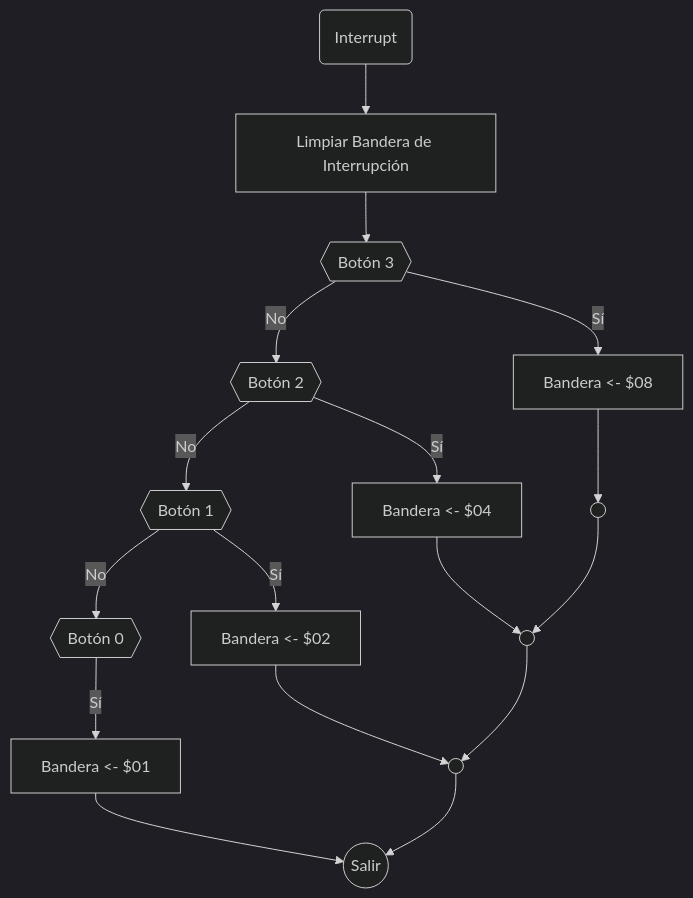
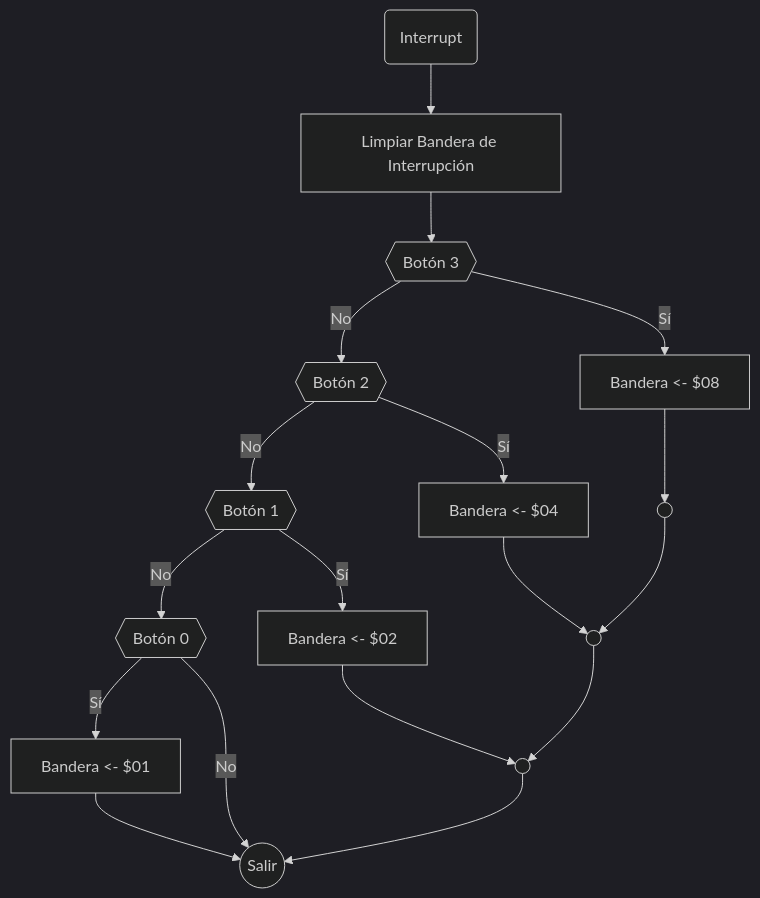
The diagram in Flow_Diagrams/Interrupt.md (fabianabarca/cajita), drawn with Mermaid (dark theme) before and after one commit.

Commit message:
Update Interrupt.md
Agregando opción negativa a botón 0

````diff
--- a/Flow_Diagrams/Interrupt.md
+++ b/Flow_Diagrams/Interrupt.md
@@ -3,14 +3,15 @@
 ```mermaid
 graph TD
     A(Interrupt) -->B[Limpiar Bandera de Interrupción]
     B --> C{{ Botón 3 }}
     C --> |Sí|D[Bandera <- $08] --> E(( ))
     C --> |No|F{{ Botón 2}}
     F --> |Sí|G[Bandera <- $04] --> H(( ))
     F --> |No|I{{ Botón 1 }}  
     I --> |Sí|K[Bandera <- $02] --> J(( ))
     I --> |No|L{{ Botón 0}}
     L --> |Sí|M[Bandera <- $01] --> Z((Salir))
+    L --> |No|Z
 
     E -->H-->J-->Z
 ```     
````
